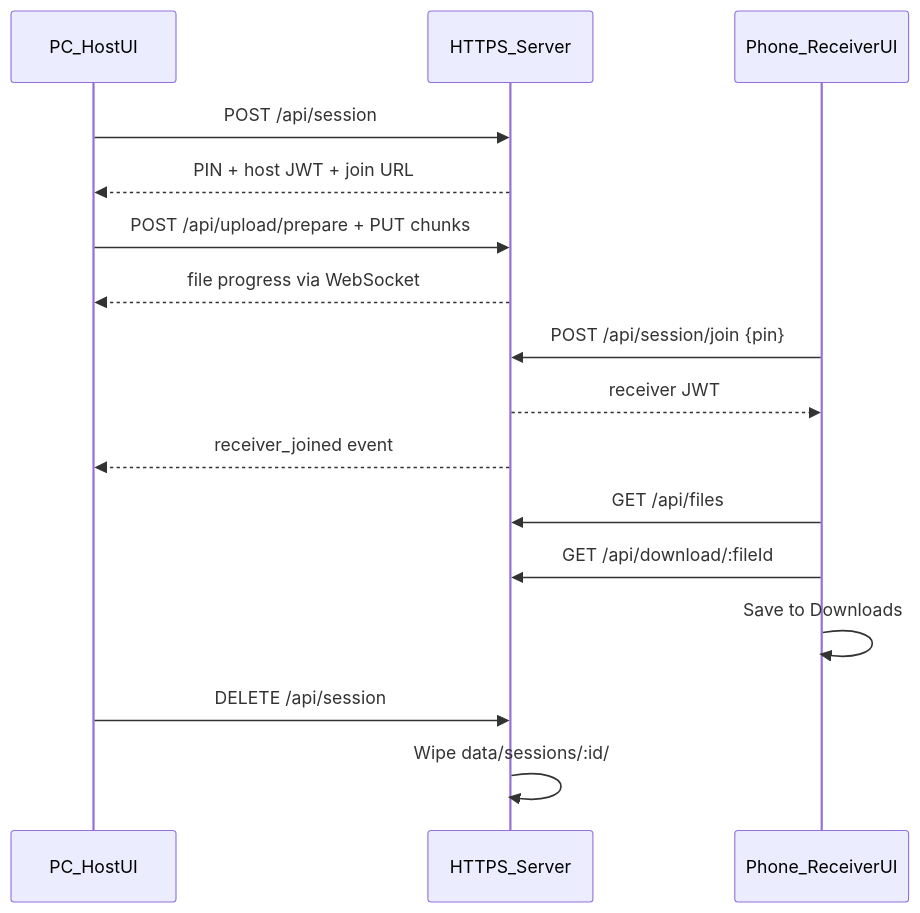
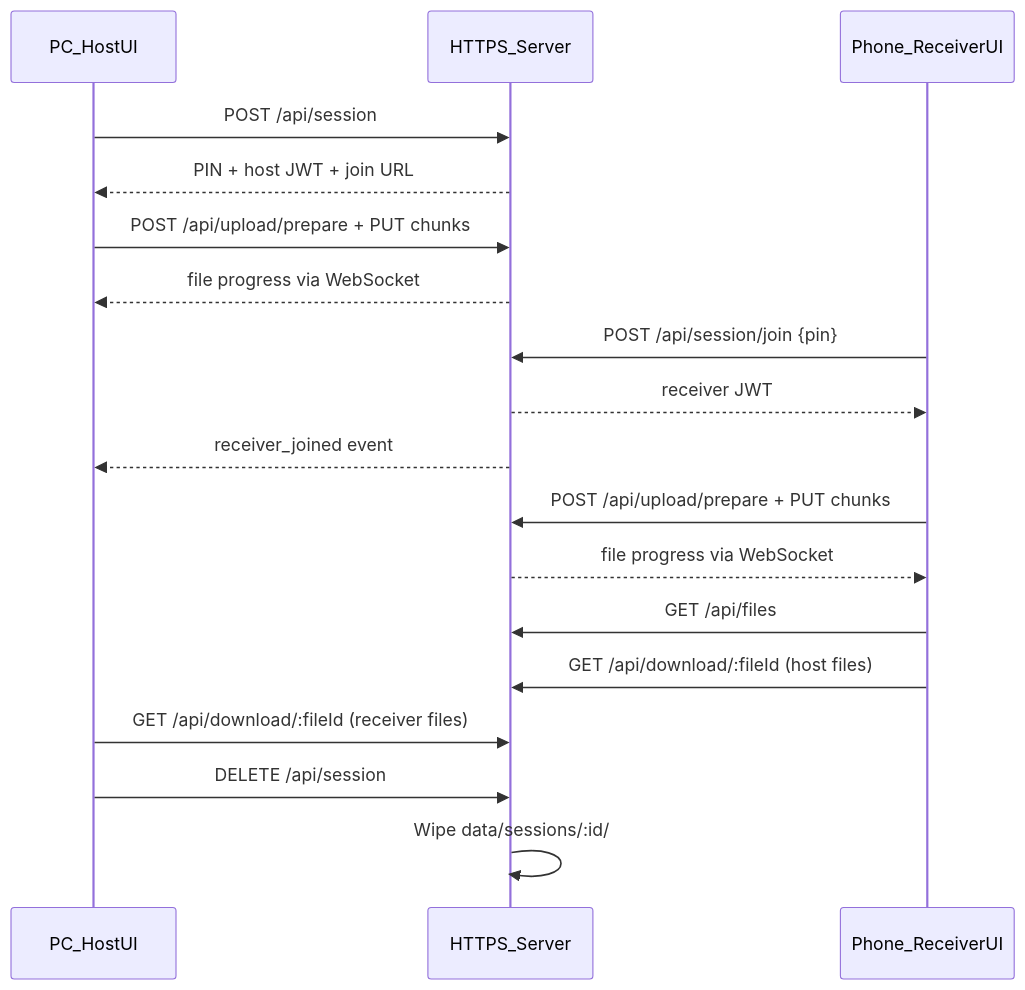
One commit to anggawisman/transfer-file changed the second of 2 diagrams in docs/architecture.md. Above: the diagram before and after it, drawn with Mermaid. The commit also changed other lines of this file and 26 other files, not shown here.

````diff
--- a/docs/architecture.md
+++ b/docs/architecture.md
@@ -69,23 +71,26 @@
 ```mermaid
 sequenceDiagram
   participant Host as PC_HostUI
   participant Server as HTTPS_Server
   participant Phone as Phone_ReceiverUI
 
   Host->>Server: POST /api/session
   Server-->>Host: PIN + host JWT + join URL
 
   Host->>Server: POST /api/upload/prepare + PUT chunks
   Server-->>Host: file progress via WebSocket
 
   Phone->>Server: POST /api/session/join {pin}
   Server-->>Phone: receiver JWT
   Server-->>Host: receiver_joined event
 
+  Phone->>Server: POST /api/upload/prepare + PUT chunks
+  Server-->>Phone: file progress via WebSocket
+
   Phone->>Server: GET /api/files
-  Phone->>Server: GET /api/download/:fileId
-  Phone->>Phone: Save to Downloads
+  Phone->>Server: GET /api/download/:fileId (host files)
+  Host->>Server: GET /api/download/:fileId (receiver files)
 
   Host->>Server: DELETE /api/session
   Server->>Server: Wipe data/sessions/:id/
 ```
````
